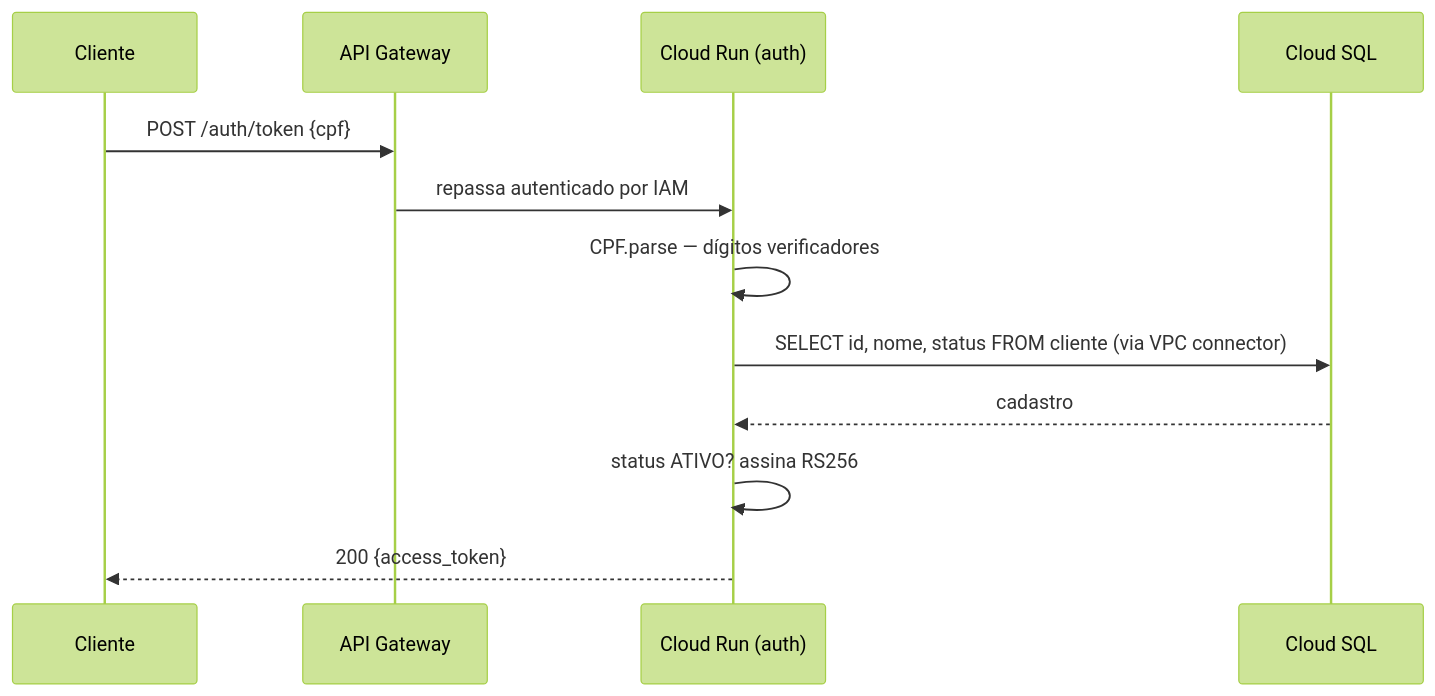
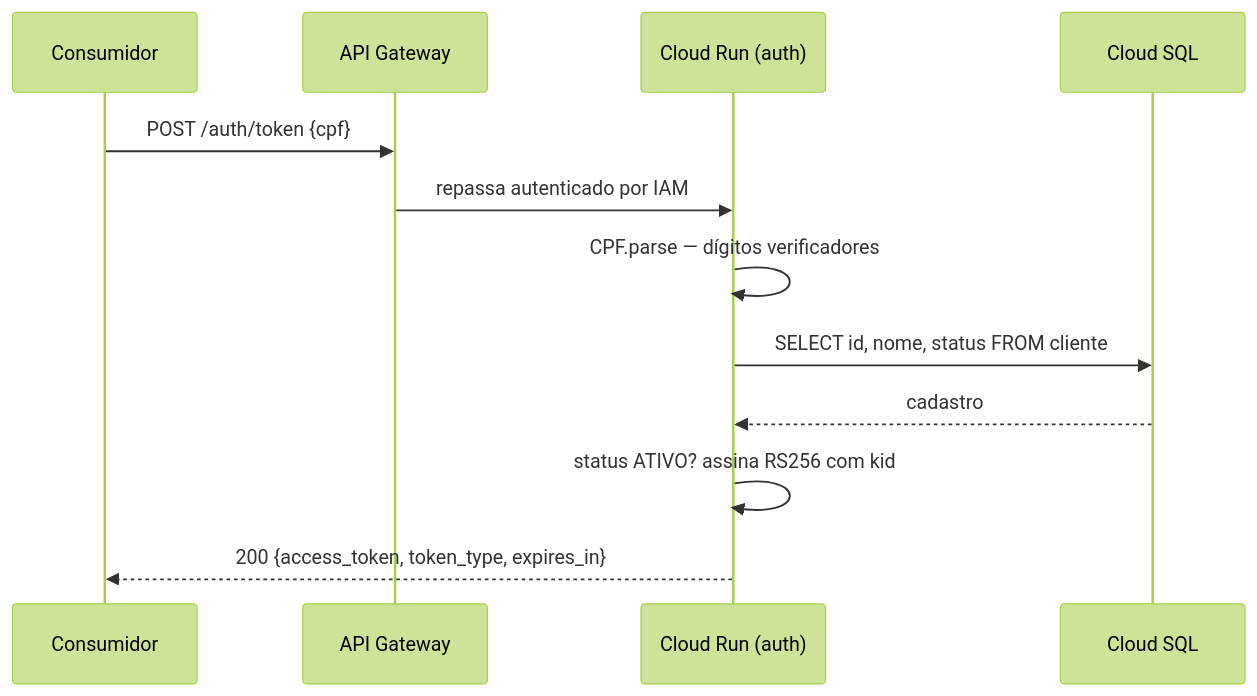
Before and after one commit to iuriian/tech-challenge-auth: the third of 4 diagrams in README.md, drawn with Mermaid (forest theme). The commit also changed other lines of this file, not shown here.

Commit message:
docs: detalha propósito, stack, diagramas e contrato da API no README

````diff
--- a/README.md
+++ b/README.md
@@ -63,14 +129,14 @@
 ```mermaid
 sequenceDiagram
-    participant C as Cliente
+    participant C as Consumidor
     participant G as API Gateway
     participant S as Cloud Run (auth)
     participant DB as Cloud SQL
     C->>G: POST /auth/token {cpf}
     G->>S: repassa autenticado por IAM
     S->>S: CPF.parse — dígitos verificadores
-    S->>DB: SELECT id, nome, status FROM cliente (via VPC connector)
+    S->>DB: SELECT id, nome, status FROM cliente
     DB-->>S: cadastro
-    S->>S: status ATIVO? assina RS256
-    S-->>C: 200 {access_token}
+    S->>S: status ATIVO? assina RS256 com kid
+    S-->>C: 200 {access_token, token_type, expires_in}
 ```
````
